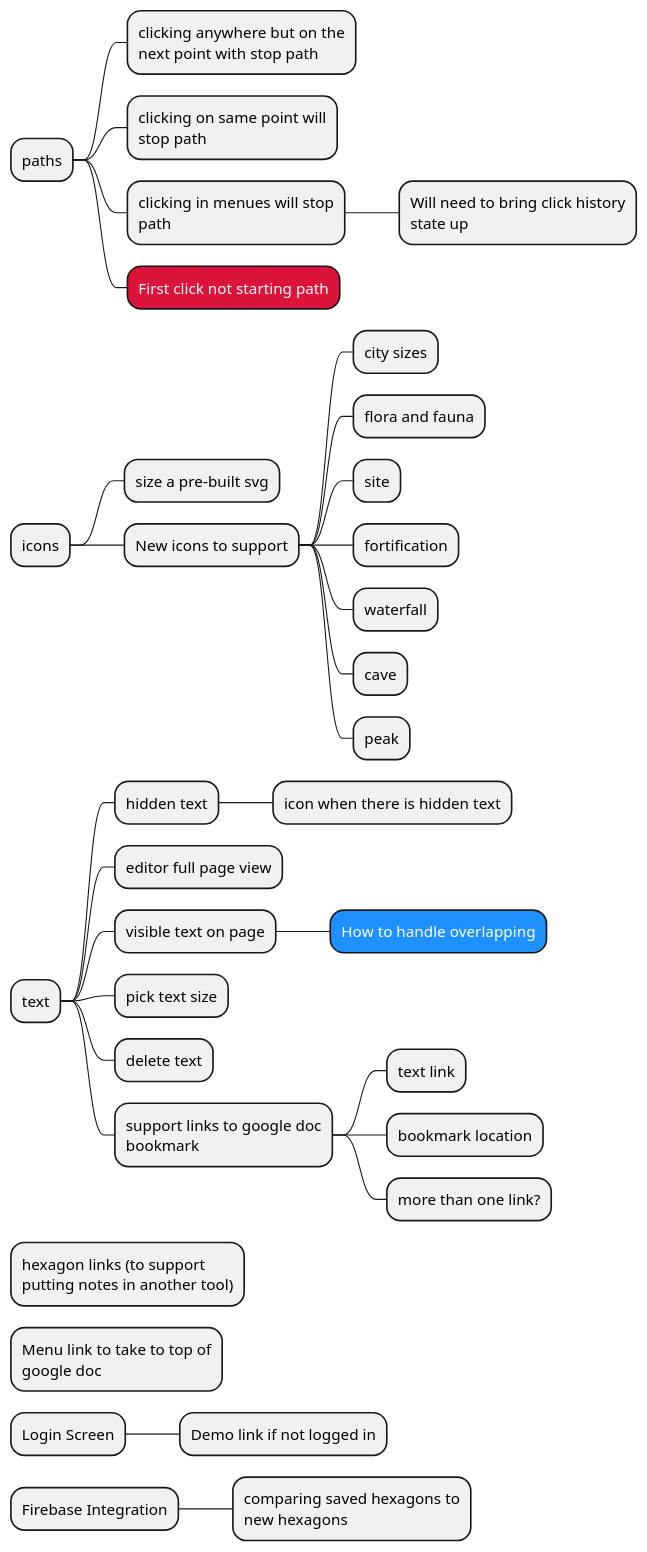
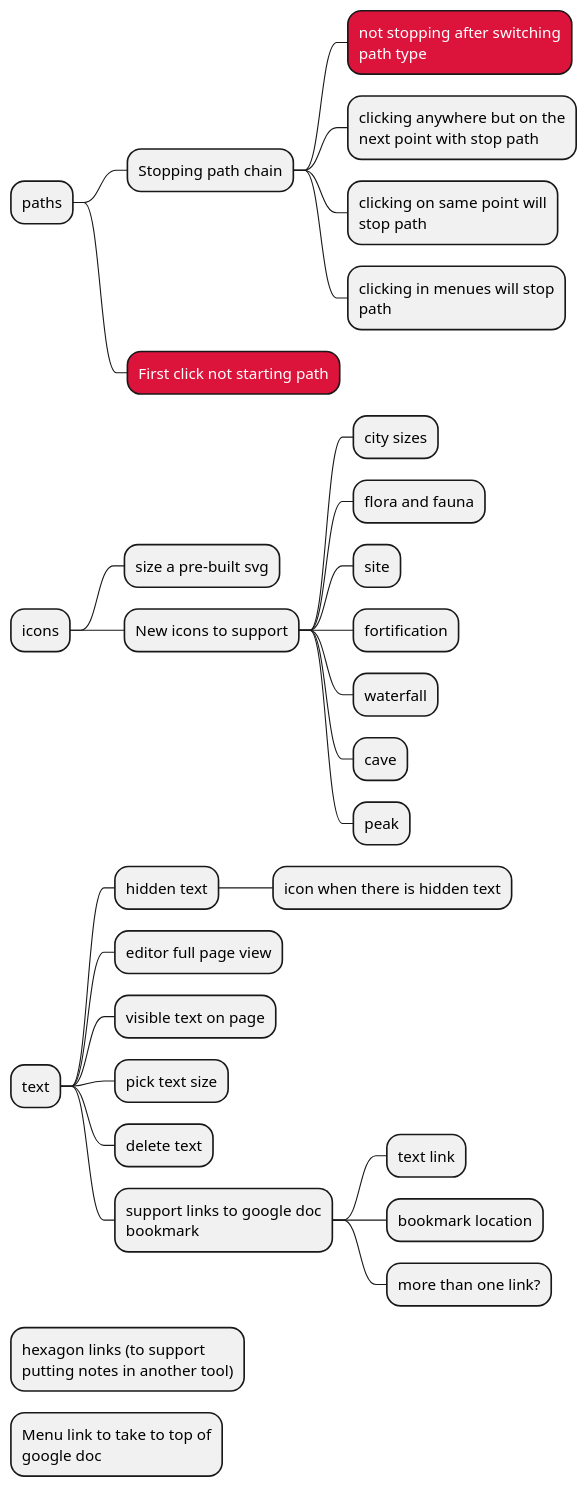
The diagram in todo.puml (rpg-gen/rpg-gen.github.io), drawn with PlantUML before and after one commit. The commit also changed 2 other files, not shown here.

Commit message:
Update map state to include click history

```diff
--- a/todo.puml
+++ b/todo.puml
@@ -1,62 +1,52 @@
 @startmindmap
 
 <style>
 
 MindmapDiagram {
   node {
     MaximumWidth: 200
   }
 
-  .b {
+  .bug {
     BackgroundColor: Crimson
-    FontColor: White
-  }
-
-  .q {
-    BackgroundColor: Dodgerblue
     FontColor: White
   }
 }
 
 </style>
 
 * paths
-** clicking anywhere but on the next point with stop path
-** clicking on same point will stop path
-** clicking in menues will stop path
-*** Will need to bring click history state up
-** First click not starting path <<b>>
+** Stopping path chain
+*** not stopping after switching path type <<bug>>
+*** clicking anywhere but on the next point with stop path
+*** clicking on same point will stop path
+*** clicking in menues will stop path
+** First click not starting path <<bug>>
 
 * icons
 ** size a pre-built svg
 ** New icons to support
 *** city sizes
 *** flora and fauna
 *** site
 *** fortification
 *** waterfall
-
 *** cave
 *** peak
 
 * text
 ** hidden text
 *** icon when there is hidden text
 ** editor full page view
 ** visible text on page
-*** How to handle overlapping <<q>>
 ** pick text size
 ** delete text
 ** support links to google doc bookmark
 *** text link
 *** bookmark location
 *** more than one link?
 
 * hexagon links (to support putting notes in another tool)
 * Menu link to take to top of google doc
-* Login Screen
-** Demo link if not logged in
-* Firebase Integration
-** comparing saved hexagons to new hexagons
 
 @endmindmap
```
